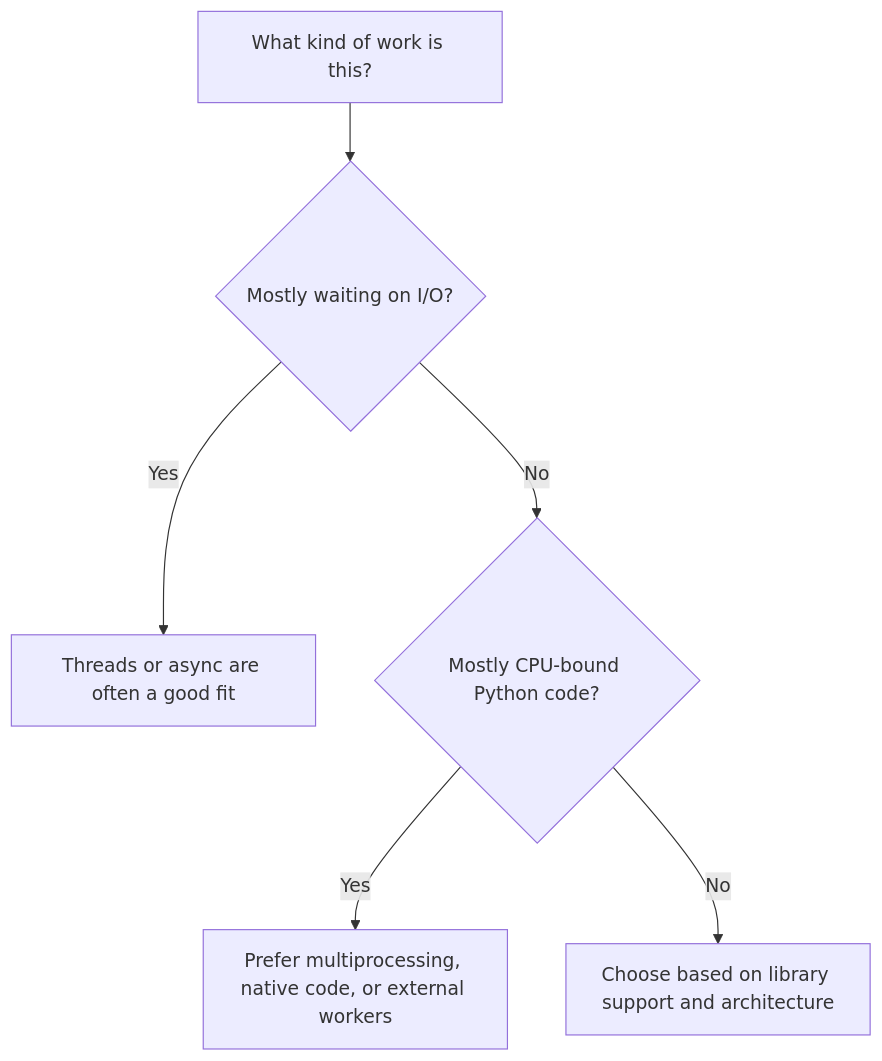
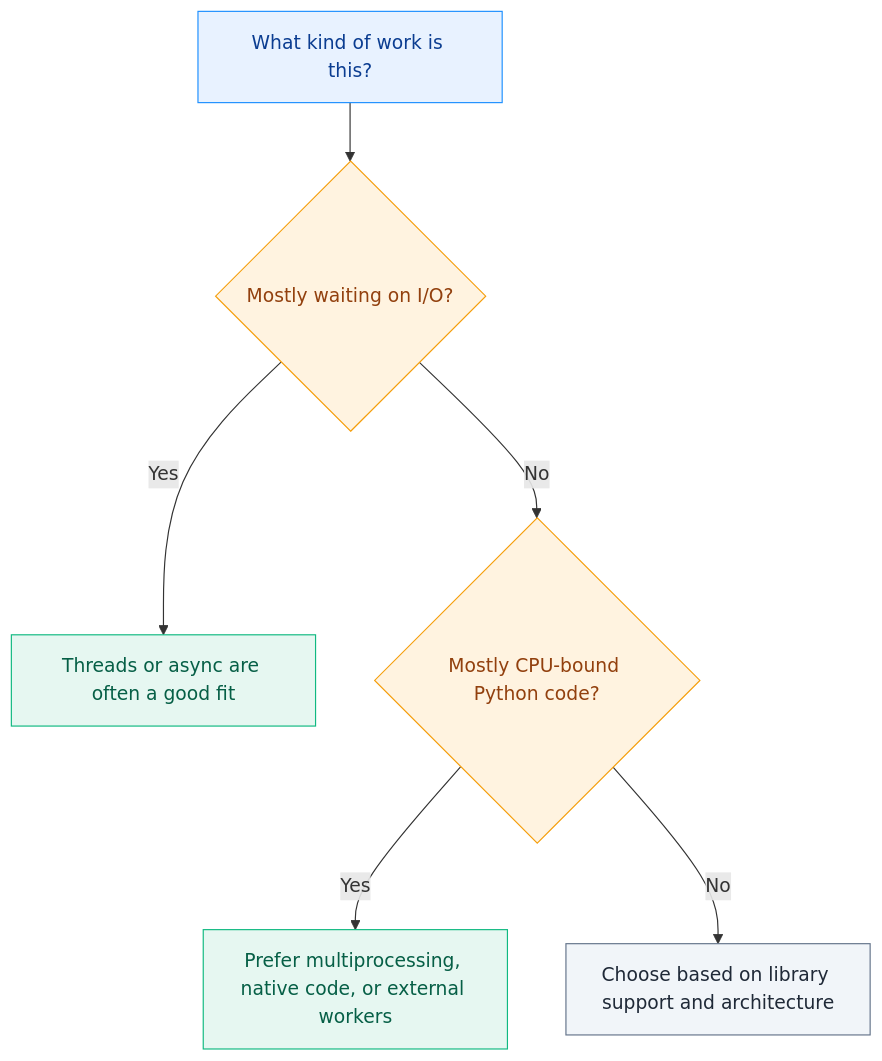
Before and after one commit to yakhyo/yakhyo.github.io: the third of 4 diagrams in _posts/2026/2026-05-17-python-core-interview-questions.md, drawn with Mermaid. The commit also changed other lines of this file and 1 other file, not shown here.

```diff
--- a/_posts/2026/2026-05-17-python-core-interview-questions.md
+++ b/_posts/2026/2026-05-17-python-core-interview-questions.md
@@ -273,8 +350,17 @@
 <div class="mermaid">
 flowchart TD
     A["What kind of work is this?"] --> B{"Mostly waiting on I/O?"}
     B -->|Yes| C["Threads or async are often a good fit"]
     B -->|No| D{"Mostly CPU-bound Python code?"}
     D -->|Yes| E["Prefer multiprocessing, native code, or external workers"]
     D -->|No| F["Choose based on library support and architecture"]
+
+    classDef start fill:#e8f2ff,stroke:#1e90ff,color:#0b3d91;
+    classDef decision fill:#fff3e0,stroke:#f59e0b,color:#92400e;
+    classDef good fill:#e6f7f1,stroke:#10b981,color:#065f46;
+    classDef neutral fill:#f1f5f9,stroke:#64748b,color:#1f2937;
+    class A start;
+    class B,D decision;
+    class C,E good;
+    class F neutral;
 </div>
```
